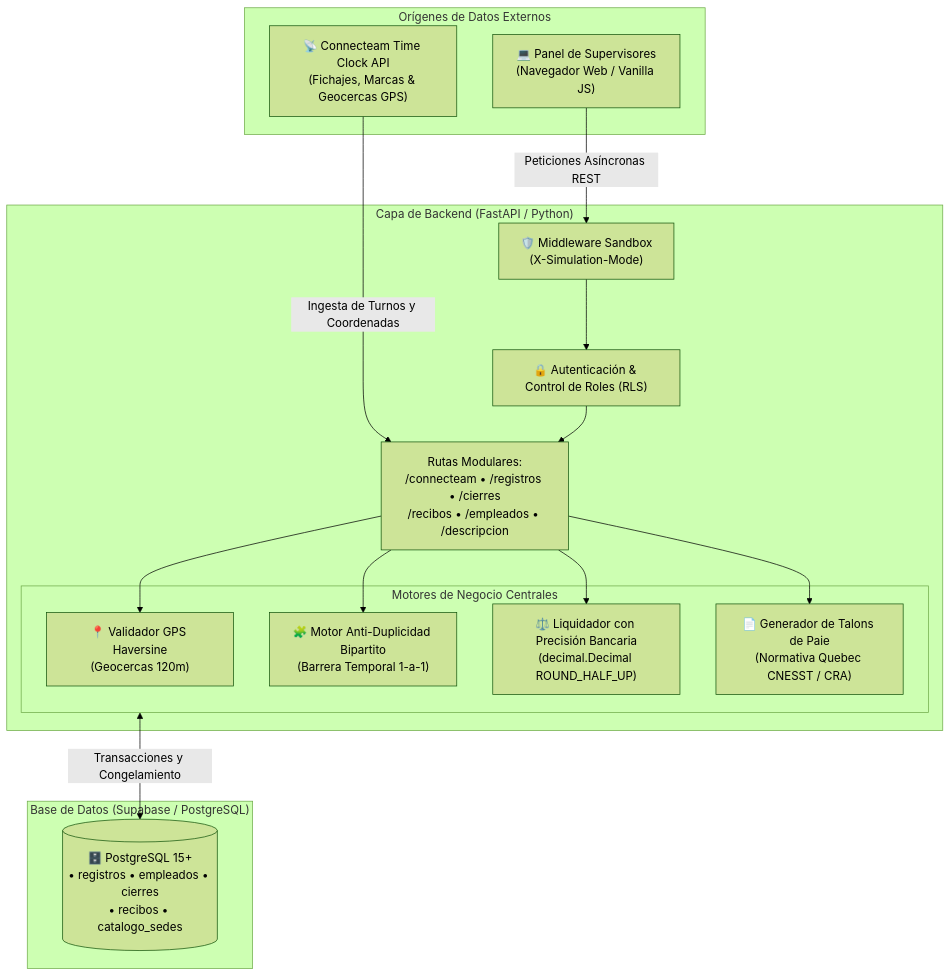
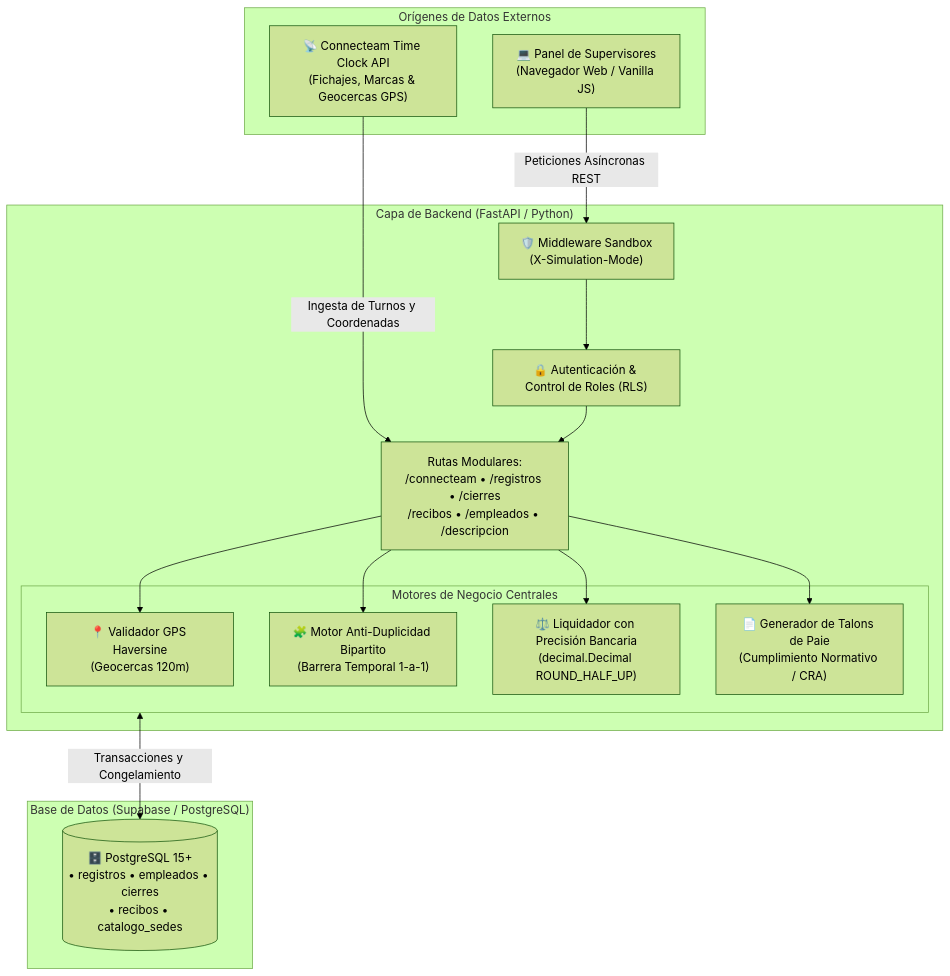
Before and after one commit to DarkYTGG/Sistema-de-Nomina: the first of 2 diagrams in README.md, drawn with Mermaid (forest theme). The commit also changed other lines of this file, not shown here.

````diff
--- a/README.md
+++ b/README.md
@@ -54,31 +58,31 @@
 ```mermaid
 flowchart TD
     subgraph Origenes ["Orígenes de Datos Externos"]
         CT["📡 Connecteam Time Clock API<br/>(Fichajes, Marcas & Geocercas GPS)"]
         ADMIN["💻 Panel de Supervisores<br/>(Navegador Web / Vanilla JS)"]
     end
 
     subgraph Backend ["Capa de Backend (FastAPI / Python)"]
         MW["🛡️ Middleware Sandbox<br/>(X-Simulation-Mode)"]
         AUTH["🔒 Autenticación & Control de Roles (RLS)"]
         ROUTERS["Rutas Modulares:<br/>/connecteam • /registros • /cierres<br/>/recibos • /empleados • /descripcion"]
         
         subgraph Motores ["Motores de Negocio Centrales"]
             GPS["📍 Validador GPS Haversine<br/>(Geocercas 120m)"]
             ANTIDUP["🧩 Motor Anti-Duplicidad Bipartito<br/>(Barrera Temporal 1-a-1)"]
             DECIMAL["⚖️ Liquidador con Precisión Bancaria<br/>(decimal.Decimal ROUND_HALF_UP)"]
-            DOCS["📄 Generador de Talons de Paie<br/>(Normativa Quebec CNESST / CRA)"]
+            DOCS["📄 Generador de Talons de Paie<br/>(Cumplimiento Normativo / CRA)"]
         end
     end
 
     subgraph Persistencia ["Base de Datos (Supabase / PostgreSQL)"]
         DB[("🗄️ PostgreSQL 15+<br/>• registros • empleados • cierres<br/>• recibos • catalogo_sedes")]
     end
 
     CT -->|Ingesta de Turnos y Coordenadas| ROUTERS
     ADMIN -->|Peticiones Asíncronas REST| MW
     MW --> AUTH
     AUTH --> ROUTERS
     ROUTERS --> GPS & ANTIDUP & DECIMAL & DOCS
     Motores <-->|Transacciones y Congelamiento| DB
 ```
````
